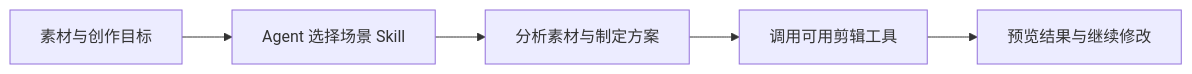
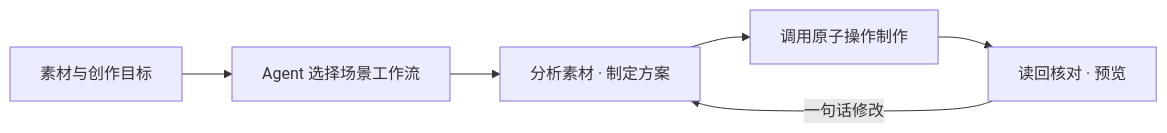
The diagram in README.md (dengxianghua888-ops/reel-scribe), drawn with Mermaid before and after one commit. The commit also changed other lines of this file and 11 other files, not shown here.

````diff
--- a/README.md
+++ b/README.md
@@ -101,7 +152,8 @@
 ```mermaid
 flowchart LR
-    A[素材与创作目标] --> B[Agent 选择场景 Skill]
-    B --> C[分析素材与制定方案]
-    C --> D[调用可用剪辑工具]
-    D --> E[预览结果与继续修改]
+    A[素材与创作目标] --> B[Agent 选择场景工作流]
+    B --> C[分析素材 · 制定方案]
+    C --> D[调用原子操作制作]
+    D --> E[读回核对 · 预览]
+    E -->|一句话修改| C
 ```
````
